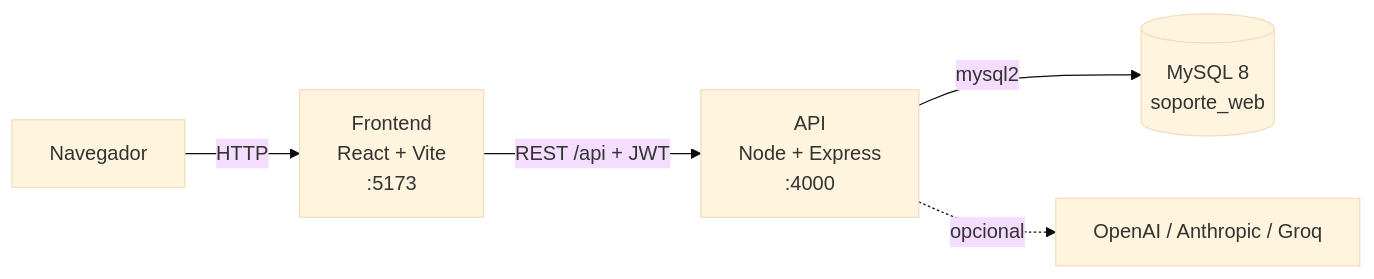
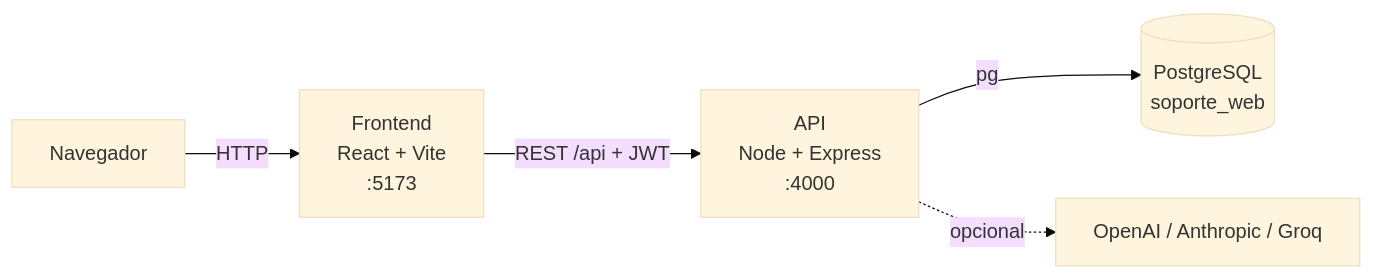
One commit to FelipeRoma04/soporteWeb changed the first of 2 diagrams in README.md. Above: the diagram before and after it, drawn with Mermaid (base theme). The commit also changed other lines of this file and 42 other files, not shown here.

````diff
--- a/README.md
+++ b/README.md
@@ -23,7 +23,7 @@
 ```mermaid
 flowchart LR
   U[Navegador] -->|HTTP| F[Frontend<br/>React + Vite<br/>:5173]
   F -->|REST /api + JWT| A[API<br/>Node + Express<br/>:4000]
-  A -->|mysql2| D[(MySQL 8<br/>soporte_web)]
+  A -->|pg| D[(PostgreSQL<br/>soporte_web)]
   A -.->|opcional| L[OpenAI / Anthropic / Groq]
 ```
````
